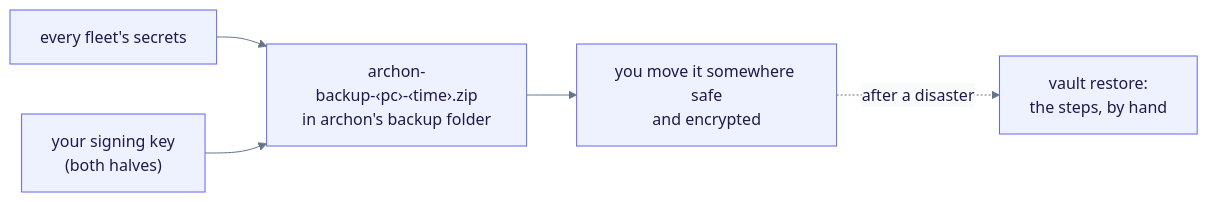
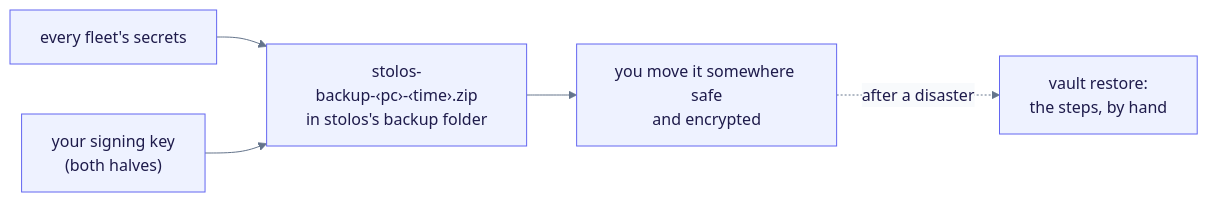
Before and after one commit to intellectual-frontiers/stolos: the diagram in docs/boot-machine.md, drawn with Mermaid. The commit also changed other lines of this file and 27 other files, not shown here.

First line of the commit message:
059-stolos-and-archon: your PC's folders are stolos (%APPDATA%\stolos, %LOCALAPPDATA%\stolos, ~/.config/stolos)

````diff
--- a/docs/boot-machine.md
+++ b/docs/boot-machine.md
@@ -207,17 +207,17 @@
 ```mermaid
 ---
 config:
   theme: base
   themeVariables:
     primaryColor: "#EEF2FF"
     primaryBorderColor: "#6366F1"
     primaryTextColor: "#1E1B4B"
     lineColor: "#64748B"
     edgeLabelBackground: "#F8FAFC"
 ---
 flowchart LR
-  s["every fleet's secrets"] --> z["archon-backup-‹pc›-‹time›.zip<br/>in archon's backup folder"]
+  s["every fleet's secrets"] --> z["stolos-backup-‹pc›-‹time›.zip<br/>in stolos's backup folder"]
   k["your signing key<br/>(both halves)"] --> z
   z --> y["you move it somewhere safe<br/>and encrypted"]
   y -. "after a disaster" .-> r["vault restore:<br/>the steps, by hand"]
 ```
````
